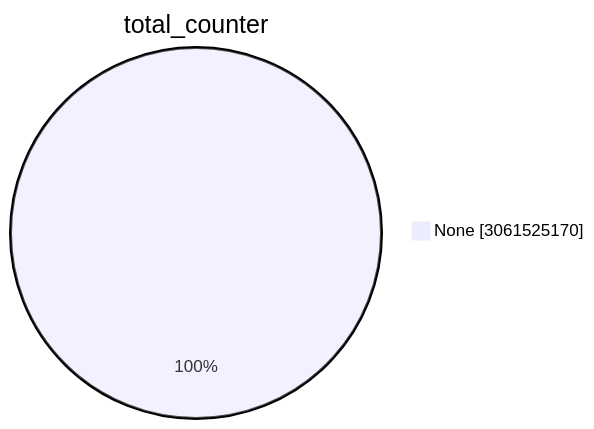
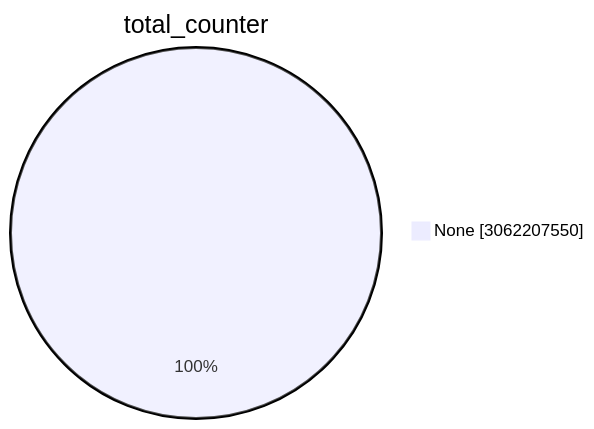
One commit to christiankrug/ctmonitor_visualization changed the first of 15 diagrams in TOTAL/README.md. Above: the diagram before and after it, drawn with Mermaid. The commit also changed other lines of this file, not shown here.

````diff
--- a/TOTAL/README.md
+++ b/TOTAL/README.md
@@ -1,5 +1,5 @@
 ```mermaid
 pie showData
 title total_counter
-"None" :3061525170
+"None" :3062207550
 ```
````
